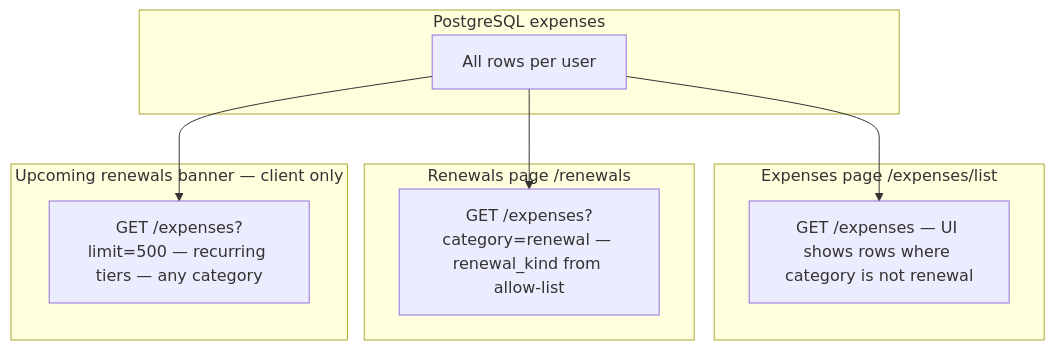
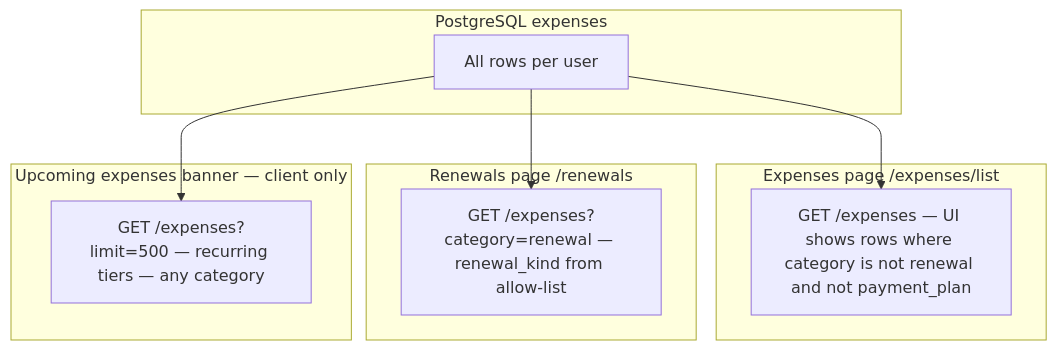
Diagram 12 of 18 in docs/ARCHITECTURE_DIAGRAM.md (becomeonewiththecode/expense_tracker), drawn with Mermaid before and after one commit. The commit also changed other lines of this file and 21 other files, not shown here.

First line of the commit message:
Add Payment Plan workflows and unify list experiences.

````diff
--- a/docs/ARCHITECTURE_DIAGRAM.md
+++ b/docs/ARCHITECTURE_DIAGRAM.md
@@ -391,18 +410,18 @@
 ```mermaid
 flowchart TB
   subgraph data [PostgreSQL expenses]
     E["All rows per user"]
   end
   subgraph expList [Expenses page /expenses/list]
-    L["GET /expenses — UI shows rows where category is not renewal"]
+    L["GET /expenses — UI shows rows where category is not renewal and not payment_plan"]
   end
   subgraph page [Renewals page /renewals]
     R["GET /expenses?category=renewal — renewal_kind from allow-list"]
   end
-  subgraph banner [Upcoming renewals banner — client only]
+  subgraph banner [Upcoming expenses banner — client only]
     U["GET /expenses?limit=500 — recurring tiers — any category"]
   end
   E --> L
   E --> R
   E --> U
 ```
````
